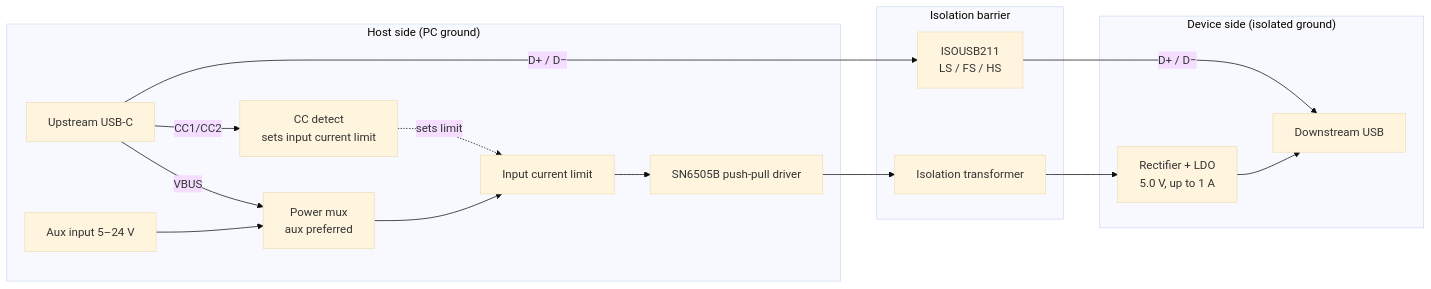
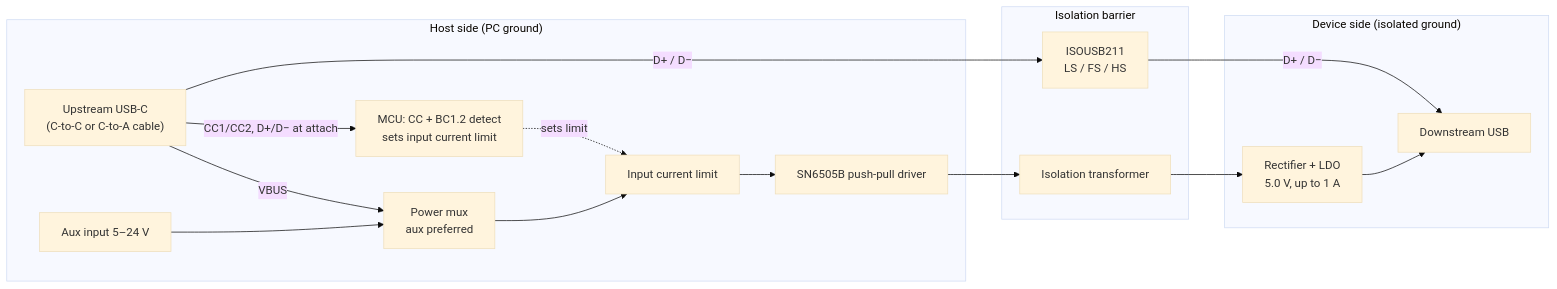
The diagram in README.md (davhodg/usb2-480mbps-isolator), drawn with Mermaid (base theme) before and after one commit. The commit also changed other lines of this file, not shown here.

````diff
--- a/README.md
+++ b/README.md
@@ -33,25 +33,25 @@
 ```mermaid
 flowchart LR
   subgraph HOST["Host side (PC ground)"]
-    UP["Upstream USB-C"]
+    UP["Upstream USB-C<br/>(C-to-C or C-to-A cable)"]
     AUX["Aux input 5–24 V"]
-    CC["CC detect<br/>sets input current limit"]
+    CC["MCU: CC + BC1.2 detect<br/>sets input current limit"]
     MUX["Power mux<br/>aux preferred"]
     LIM["Input current limit"]
     DRV["SN6505B push-pull driver"]
   end
   subgraph BARRIER["Isolation barrier"]
     ISO["ISOUSB211<br/>LS / FS / HS"]
     XFMR["Isolation transformer"]
   end
   subgraph DEV["Device side (isolated ground)"]
     LDO["Rectifier + LDO<br/>5.0 V, up to 1 A"]
     DOWN["Downstream USB"]
   end
   UP -- "D+ / D−" --> ISO -- "D+ / D−" --> DOWN
-  UP -- CC1/CC2 --> CC
+  UP -- "CC1/CC2, D+/D− at attach" --> CC
   UP -- VBUS --> MUX
   AUX --> MUX
   MUX --> LIM --> DRV --> XFMR --> LDO --> DOWN
   CC -. sets limit .-> LIM
 ```
````
